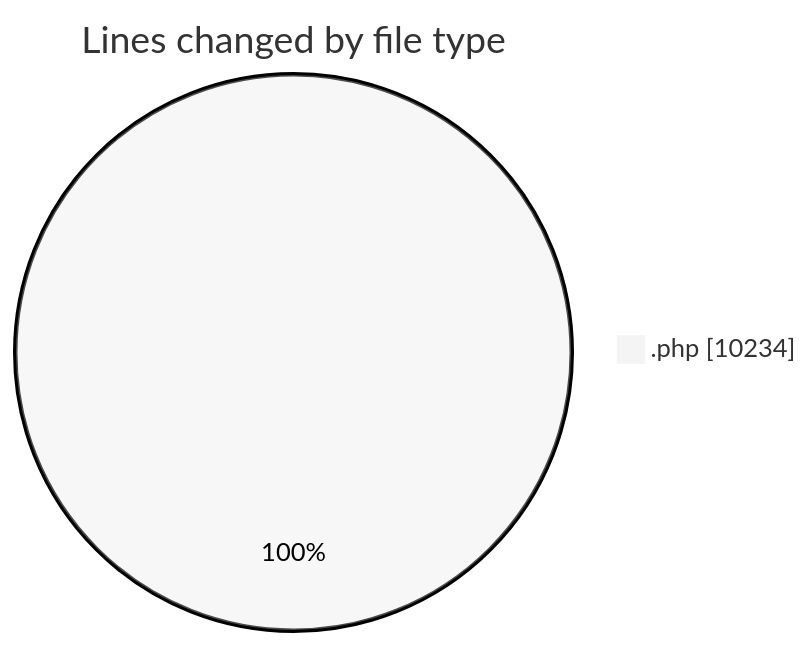
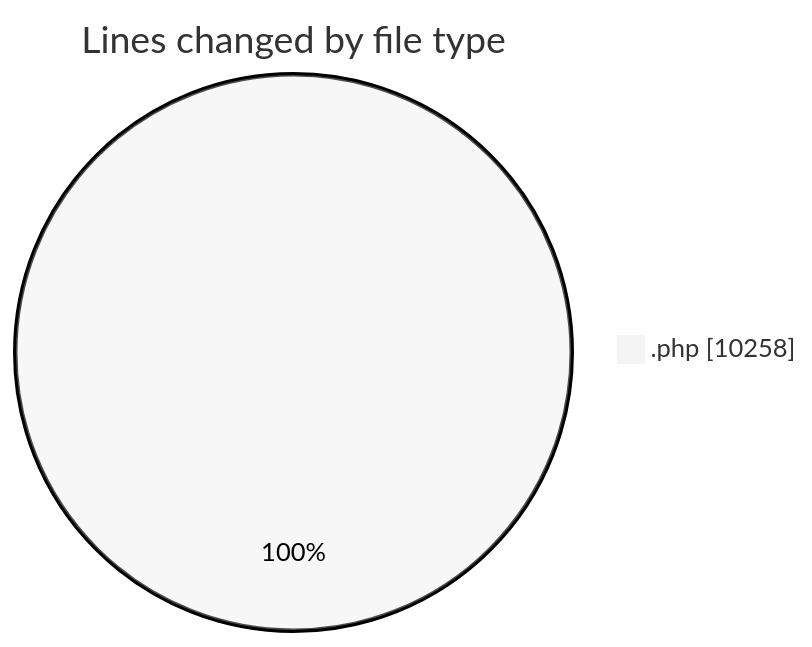
Before and after one commit to vahidmafi/code-tracking: the first of 2 diagrams in 2025-07-21/shop/README.md, drawn with Mermaid (neutral theme). The commit also changed other lines of this file and 1 other file, not shown here.

````diff
--- a/2025-07-21/shop/README.md
+++ b/2025-07-21/shop/README.md
@@ -26,5 +26,5 @@
 ```mermaid
 pie showData
 title Lines changed by file type
-".php" : 10234
+".php" : 10258
 ```
````
